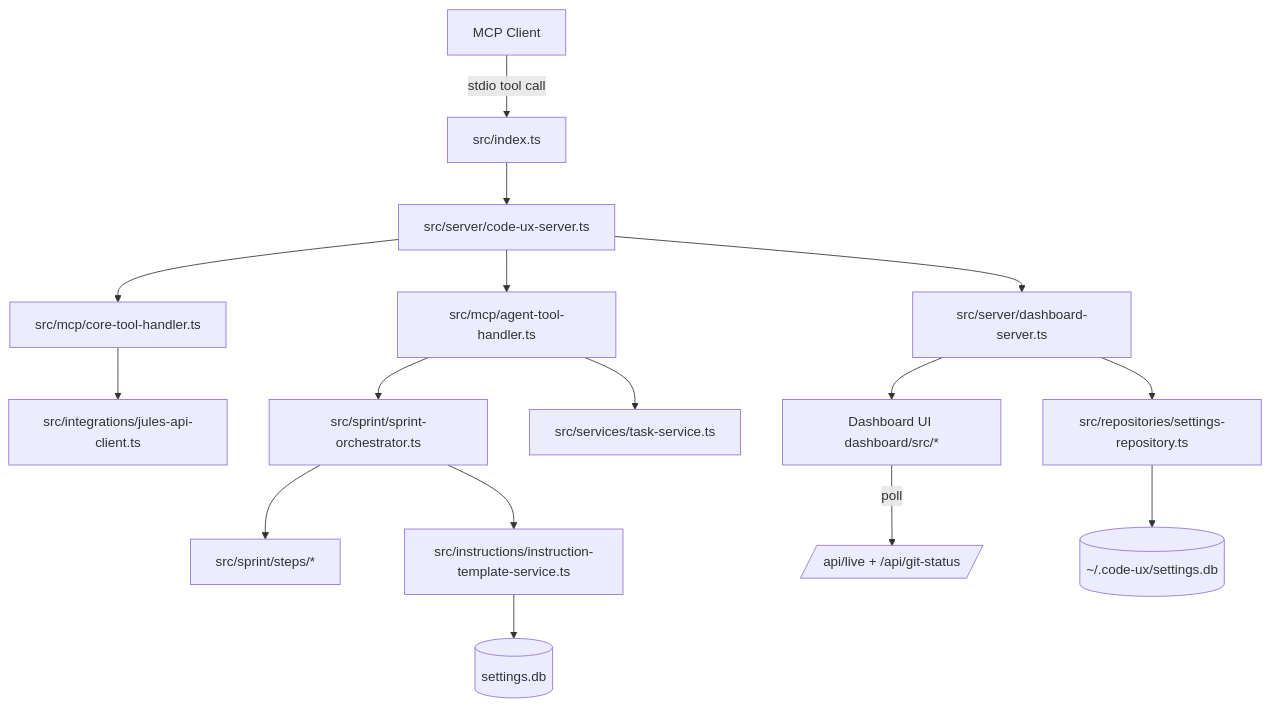
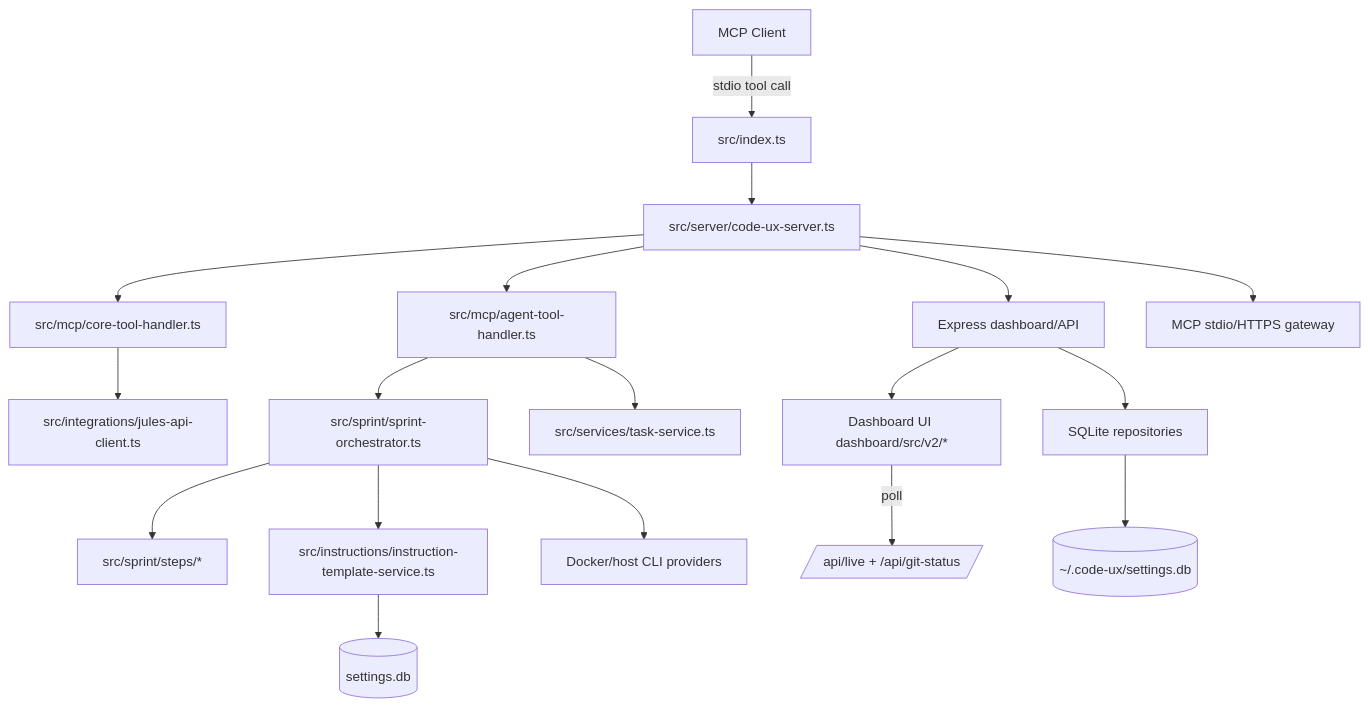
Before and after one commit to codeux-ai/codeux: the diagram in docs/architecture/system-overview.md, drawn with Mermaid. The commit also changed other lines of this file and 3 other files, not shown here.

First line of the commit message:
docs: update architecture docs to reflect current multi-provider runtime

````diff
--- a/docs/architecture/system-overview.md
+++ b/docs/architecture/system-overview.md
@@ -73,18 +77,20 @@
 ```mermaid
 flowchart TD
   A[MCP Client] -->|stdio tool call| B[src/index.ts]
   B --> R[src/server/code-ux-server.ts]
   R --> C[src/mcp/core-tool-handler.ts]
   R --> D[src/mcp/agent-tool-handler.ts]
   C --> E[src/integrations/jules-api-client.ts]
   D --> F[src/sprint/sprint-orchestrator.ts]
   F --> G[src/sprint/steps/*]
   F --> H[src/instructions/instruction-template-service.ts]
   H --> I[(settings.db)]
   D --> J[src/services/task-service.ts]
-  R --> L[src/server/dashboard-server.ts]
-  L --> M[Dashboard UI dashboard/src/*]
+  R --> L[Express dashboard/API]
+  L --> M[Dashboard UI dashboard/src/v2/*]
   M -->|poll| N[/api/live + /api/git-status/]
-  L --> O[src/repositories/settings-repository.ts]
+  L --> O[SQLite repositories]
   O --> P[(~/.code-ux/settings.db)]
+  R --> Q[MCP stdio/HTTPS gateway]
+  F --> S[Docker/host CLI providers]
 ```
````
